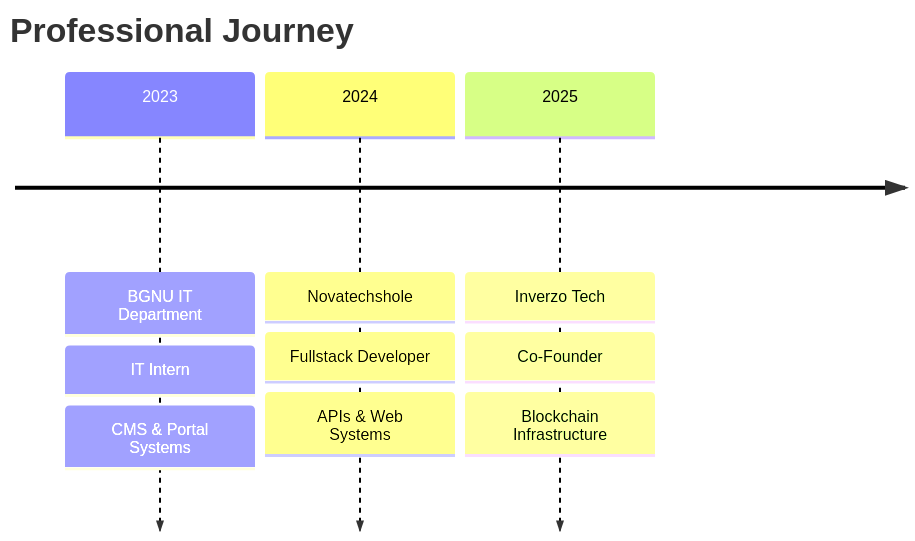
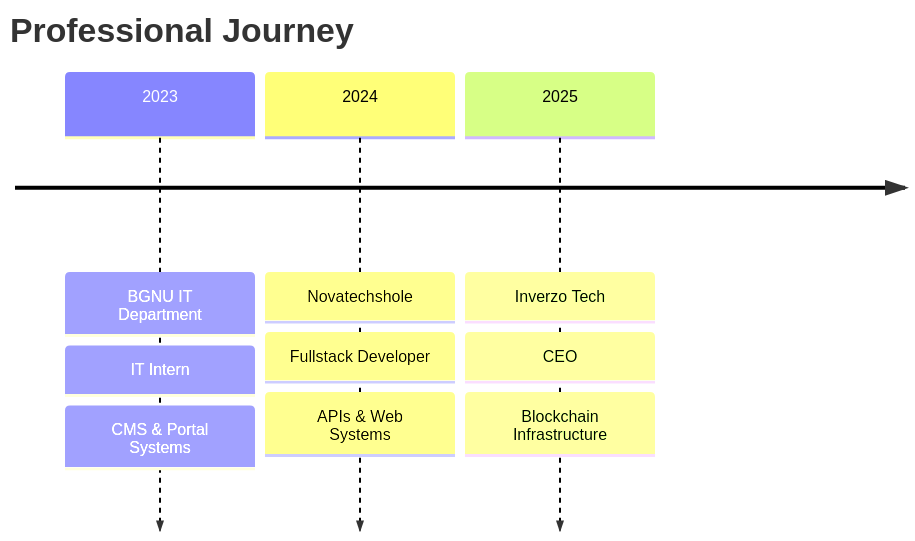
One commit to AneeqaSaleem/AneeqaSaleem changed the diagram in README.md. Above: the diagram before and after it, drawn with Mermaid.

Commit message:
Update job title from Co-Founder to CEO

````diff
--- a/README.md
+++ b/README.md
@@ -143,16 +143,16 @@
 ```mermaid
 timeline
     title Professional Journey
 
     2023 : BGNU IT Department
          : IT Intern
          : CMS & Portal Systems
 
     2024 : Novatechshole
          : Fullstack Developer
          : APIs & Web Systems
 
     2025 : Inverzo Tech
-         : Co-Founder
+         : CEO
          : Blockchain Infrastructure
 ```
````
